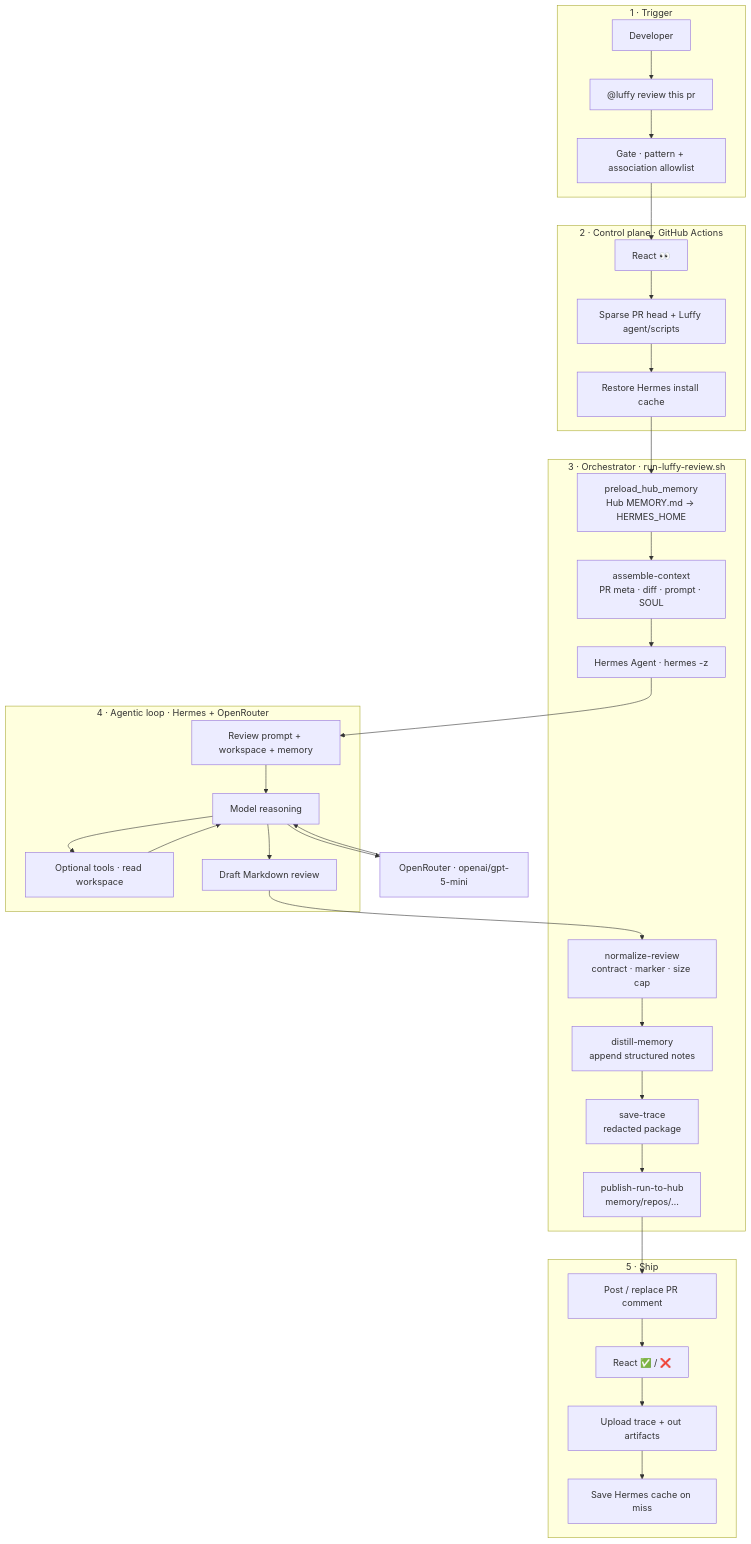
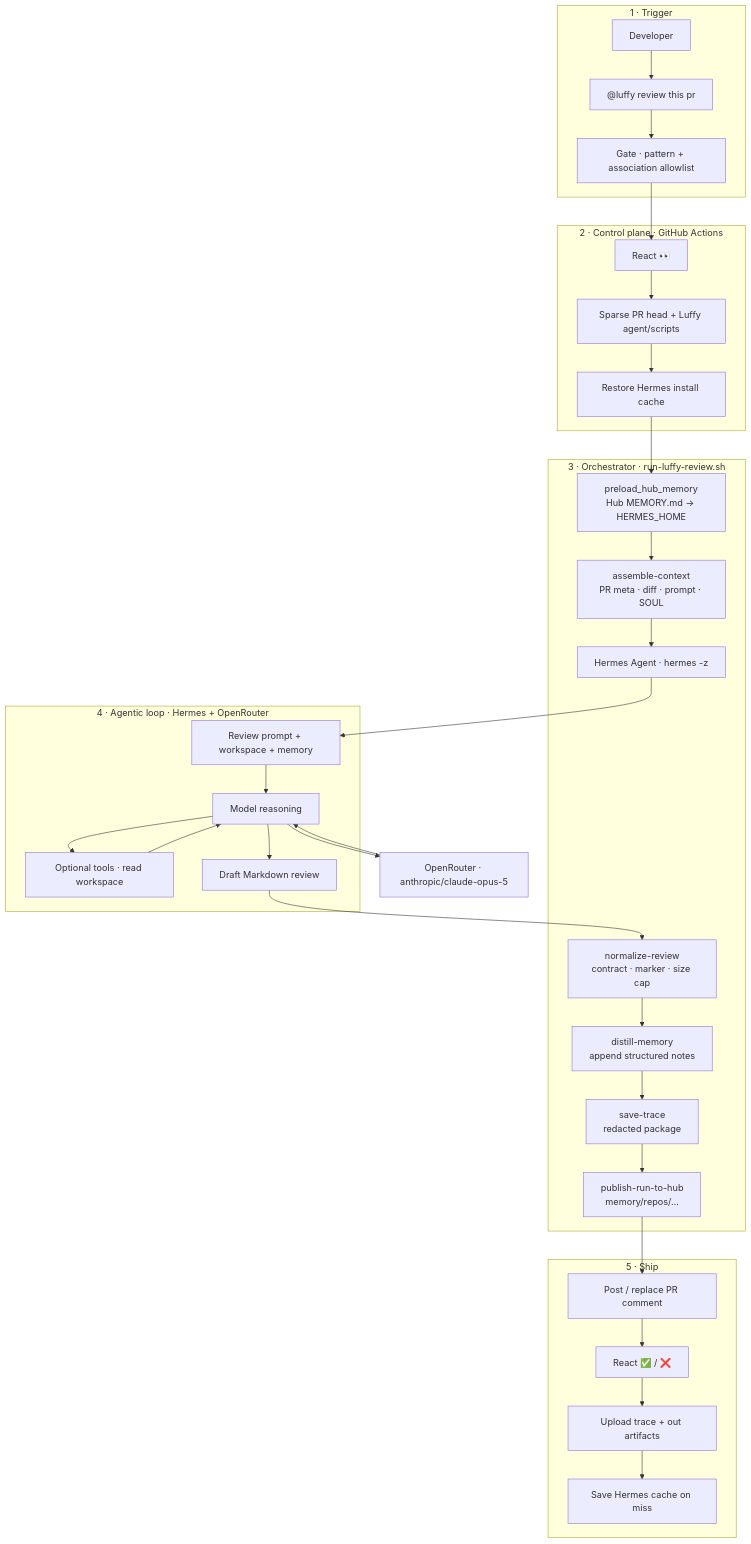
One commit to Mr-Ashish/luffy-pr-review-agent changed the diagram in readme-kit/examples/luffy/diagrams/agentic-loop.mmd. Above: the diagram before and after it, drawn with Mermaid. The commit also changed 30 other files, not shown here.

```diff
--- a/readme-kit/examples/luffy/diagrams/agentic-loop.mmd
+++ b/readme-kit/examples/luffy/diagrams/agentic-loop.mmd
@@ -1,50 +1,50 @@
 flowchart TB
   subgraph Trigger["1 · Trigger"]
     Dev["Developer"]
     Comment["@luffy review this pr"]
     Gate["Gate · pattern + association allowlist"]
   end
 
   subgraph ControlPlane["2 · Control plane · GitHub Actions"]
     Eyes["React 👀"]
     Sparse["Sparse PR head + Luffy agent/scripts"]
     CacheR["Restore Hermes install cache"]
   end
 
   subgraph Orchestrator["3 · Orchestrator · run-luffy-review.sh"]
     Preload["preload_hub_memory\nHub MEMORY.md → HERMES_HOME"]
     Assemble["assemble-context\nPR meta · diff · prompt · SOUL"]
     Hermes["Hermes Agent · hermes -z"]
     Normalize["normalize-review\ncontract · marker · size cap"]
     Distill["distill-memory\nappend structured notes"]
     Trace["save-trace\nredacted package"]
     HubPub["publish-run-to-hub\nmemory/repos/…"]
   end
 
   subgraph InnerLoop["4 · Agentic loop · Hermes + OpenRouter"]
     Prompt["Review prompt + workspace + memory"]
     Think["Model reasoning"]
     Tools["Optional tools · read workspace"]
     Draft["Draft Markdown review"]
     Prompt --> Think
     Think --> Tools
     Tools --> Think
     Think --> Draft
   end
 
   subgraph Output["5 · Ship"]
     Post["Post / replace PR comment"]
     React["React ✅ / ❌"]
     Arts["Upload trace + out artifacts"]
     CacheW["Save Hermes cache on miss"]
   end
 
-  OR["OpenRouter · openai/gpt-5-mini"]
+  OR["OpenRouter · anthropic/claude-opus-5"]
 
   Dev --> Comment --> Gate --> Eyes --> Sparse --> CacheR
   CacheR --> Preload --> Assemble --> Hermes
   Hermes --> Prompt
   Think --> OR
   OR --> Think
   Draft --> Normalize --> Distill --> Trace --> HubPub
   HubPub --> Post --> React --> Arts --> CacheW
```
